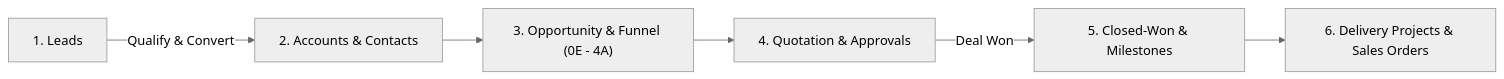
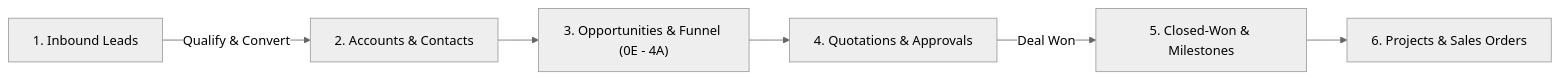
One commit to Super-ERP/crm-v2 changed the diagram in docs/user-guide/README.md. Above: the diagram before and after it, drawn with Mermaid (neutral theme). The commit also changed other lines of this file and 6 other files, not shown here.

````diff
--- a/docs/user-guide/README.md
+++ b/docs/user-guide/README.md
@@ -14,8 +59,8 @@
 ```mermaid
 flowchart LR
-    L["1. Leads"] -->|"Qualify & Convert"| AC["2. Accounts & Contacts"]
-    AC --> OP["3. Opportunity & Funnel (0E - 4A)"]
-    OP --> Q["4. Quotation & Approvals"]
+    L["1. Inbound Leads"] -->|"Qualify & Convert"| AC["2. Accounts & Contacts"]
+    AC --> OP["3. Opportunities & Funnel (0E - 4A)"]
+    OP --> Q["4. Quotations & Approvals"]
     Q -->|"Deal Won"| W["5. Closed-Won & Milestones"]
-    W --> P["6. Delivery Projects & Sales Orders"]
+    W --> P["6. Projects & Sales Orders"]
 ```
````
